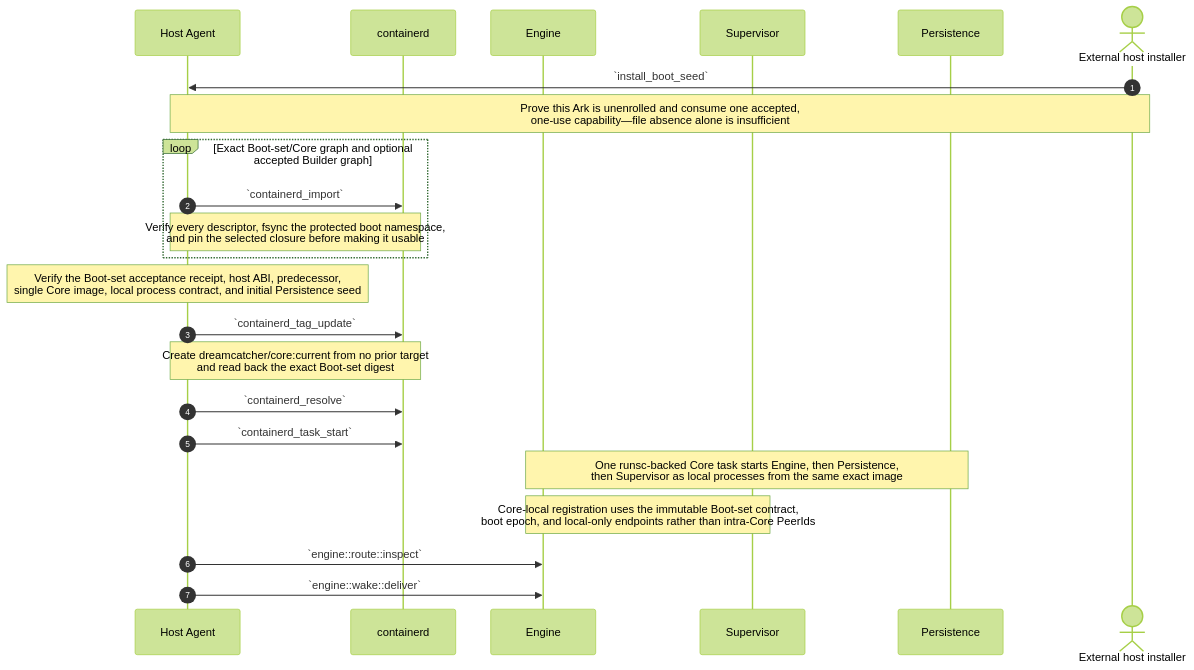
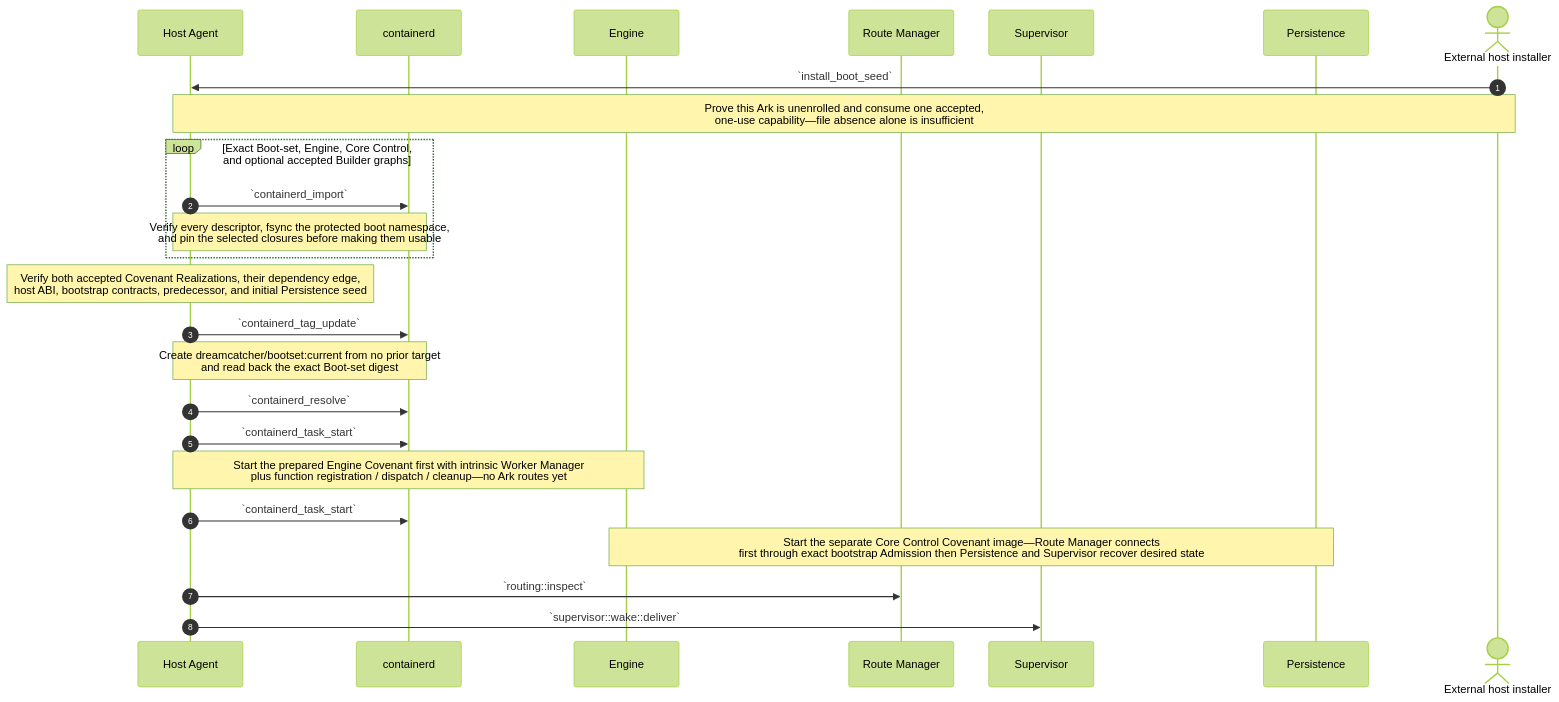
One commit to dreamcatcher-tech/chambers-lifecycle-explorer changed the third of 15 diagrams in source/chambers-lifecycle-sequences.md. Above: the diagram before and after it, drawn with Mermaid (forest theme). The commit also changed other lines of this file and 8 other files, not shown here.

Commit message:
docs: publish Engine-first Core Covenant lifecycle

````diff
--- a/source/chambers-lifecycle-sequences.md
+++ b/source/chambers-lifecycle-sequences.md
@@ -635,26 +685,28 @@
 ```mermaid
 sequenceDiagram
     autonumber
     participant HostAgent as Host Agent
     participant containerd
     participant Engine
+    participant RouteManager as Route Manager
     participant Supervisor
     participant Persistence
     actor Installer as External host installer
 
     Installer->>HostAgent: `install_boot_seed`
     Note over HostAgent,Installer: Prove this Ark is unenrolled and consume one accepted,<br/>one-use capability—file absence alone is insufficient
-    loop Exact Boot-set/Core graph and optional accepted Builder graph
+    loop Exact Boot-set, Engine, Core Control, and optional accepted Builder graphs
         HostAgent->>containerd: `containerd_import`
-        Note over HostAgent,containerd: Verify every descriptor, fsync the protected boot namespace,<br/>and pin the selected closure before making it usable
+        Note over HostAgent,containerd: Verify every descriptor, fsync the protected boot namespace,<br/>and pin the selected closures before making them usable
     end
-    Note over HostAgent: Verify the Boot-set acceptance receipt, host ABI, predecessor,<br/>single Core image, local process contract, and initial Persistence seed
+    Note over HostAgent: Verify both accepted Covenant Realizations, their dependency edge,<br/>host ABI, bootstrap contracts, predecessor, and initial Persistence seed
     HostAgent->>containerd: `containerd_tag_update`
-    Note over HostAgent,containerd: Create dreamcatcher/core:current from no prior target<br/>and read back the exact Boot-set digest
+    Note over HostAgent,containerd: Create dreamcatcher/bootset:current from no prior target<br/>and read back the exact Boot-set digest
     HostAgent->>containerd: `containerd_resolve`
     HostAgent->>containerd: `containerd_task_start`
-    Note over Engine,Persistence: One runsc-backed Core task starts Engine, then Persistence,<br/>then Supervisor as local processes from the same exact image
-    Note over Engine,Supervisor: Core-local registration uses the immutable Boot-set contract,<br/>boot epoch, and local-only endpoints rather than intra-Core PeerIds
-    HostAgent->>Engine: `engine::route::inspect`
-    HostAgent->>Engine: `engine::wake::deliver`
+    Note over HostAgent,Engine: Start the prepared Engine Covenant first with intrinsic Worker Manager<br/>plus function registration / dispatch / cleanup—no Ark routes yet
+    HostAgent->>containerd: `containerd_task_start`
+    Note over Engine,Persistence: Start the separate Core Control Covenant image—Route Manager connects<br/>first through exact bootstrap Admission then Persistence and Supervisor recover desired state
+    HostAgent->>RouteManager: `routing::inspect`
+    HostAgent->>Supervisor: `supervisor::wake::deliver`
 ```
````
